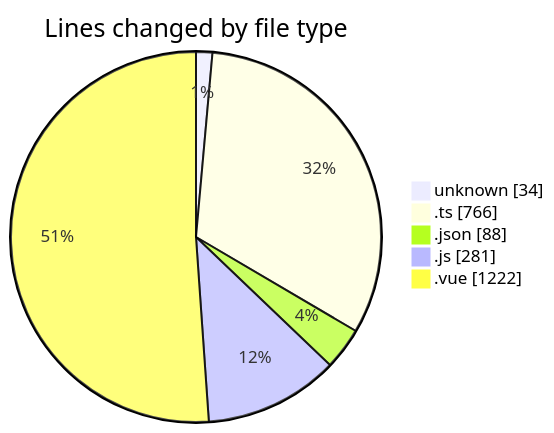
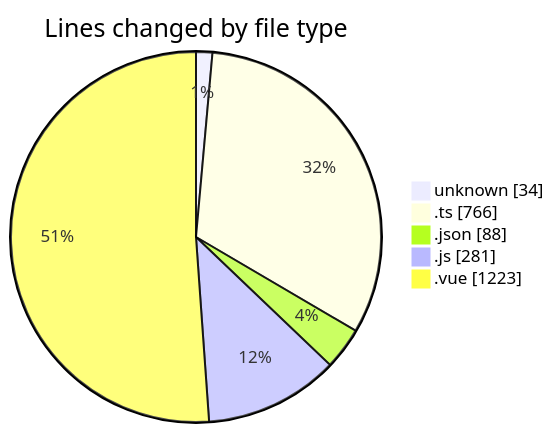
Before and after one commit to lephambinh05/code-tracking: the first of 2 diagrams in 2025-07-13/rentotp/README.md, drawn with Mermaid. The commit also changed other lines of this file and 1 other file, not shown here.

````diff
--- a/2025-07-13/rentotp/README.md
+++ b/2025-07-13/rentotp/README.md
@@ -46,9 +46,9 @@
 ```mermaid
 pie showData
 title Lines changed by file type
 "unknown" : 34
 ".ts" : 766
 ".json" : 88
 ".js" : 281
-".vue" : 1222
+".vue" : 1223
 ```
````
